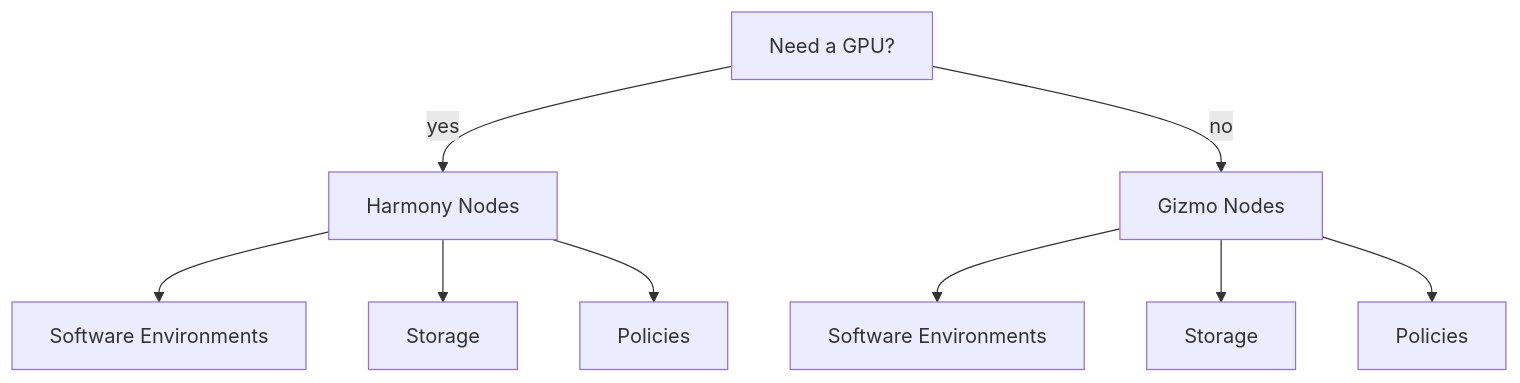
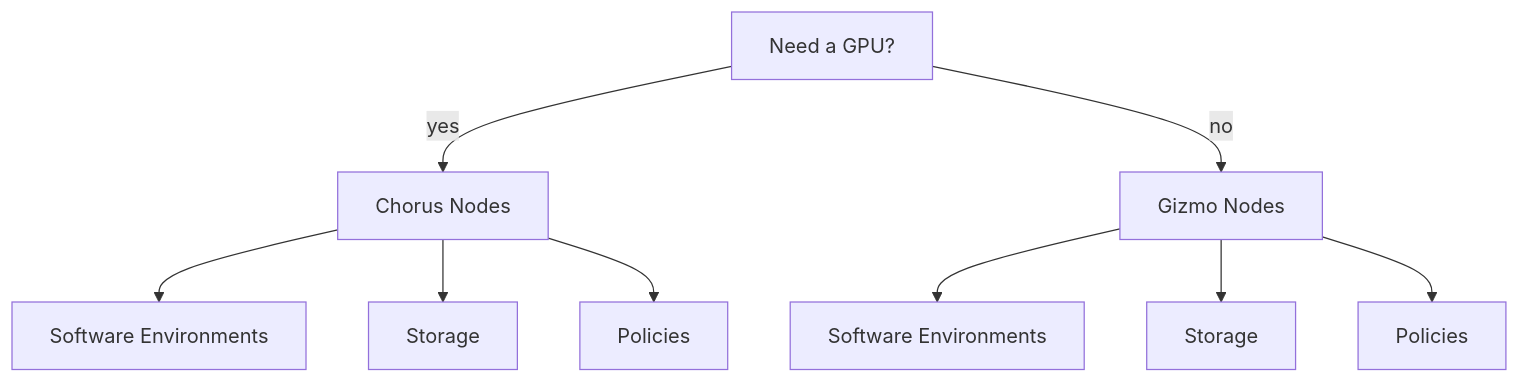
The diagram in _scicomputing/gizmo_harmony.md (FredHutch/wiki), drawn with Mermaid before and after one commit. The commit also changed other lines of this file, not shown here.

````diff
--- a/_scicomputing/gizmo_harmony.md
+++ b/_scicomputing/gizmo_harmony.md
@@ -18,11 +17,11 @@
 ```mermaid
 graph TD
-A[Need a GPU?] --yes--> B[Harmony Nodes]
+A[Need a GPU?] --yes--> B[Chorus Nodes]
 A -- no --> C[Gizmo Nodes]
 B --> D[Software Environments]
 B --> G[Storage]
 B --> I[Policies]
 C --> F[Software Environments]
 C --> H[Storage]
 C --> J[Policies]
 ```
````
